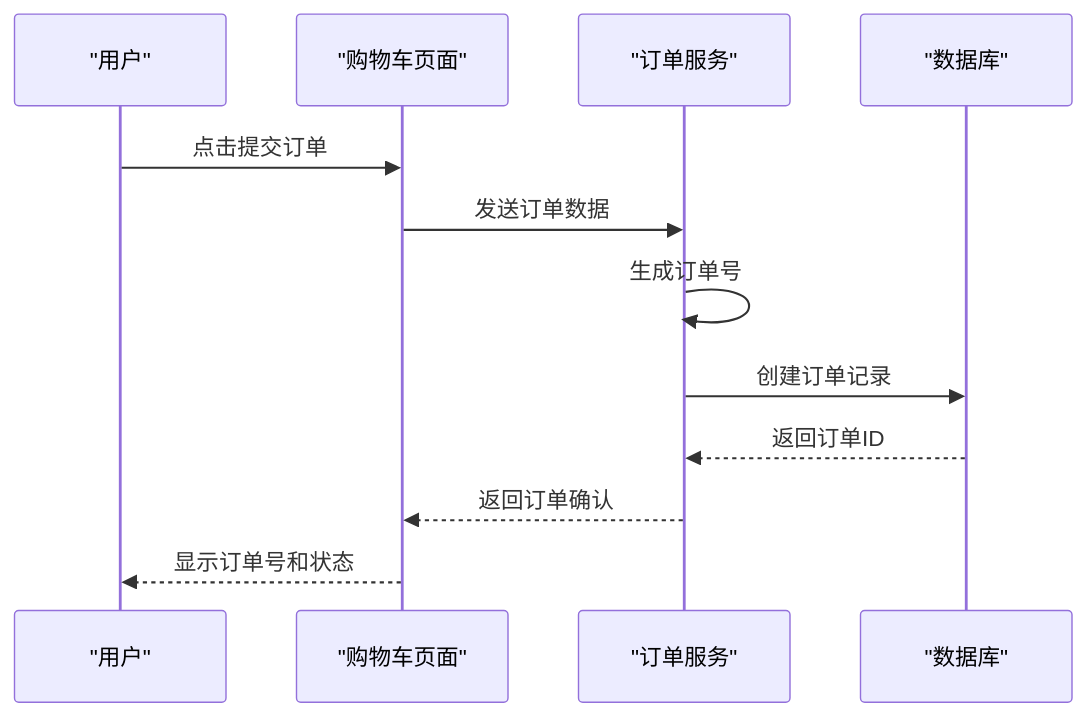
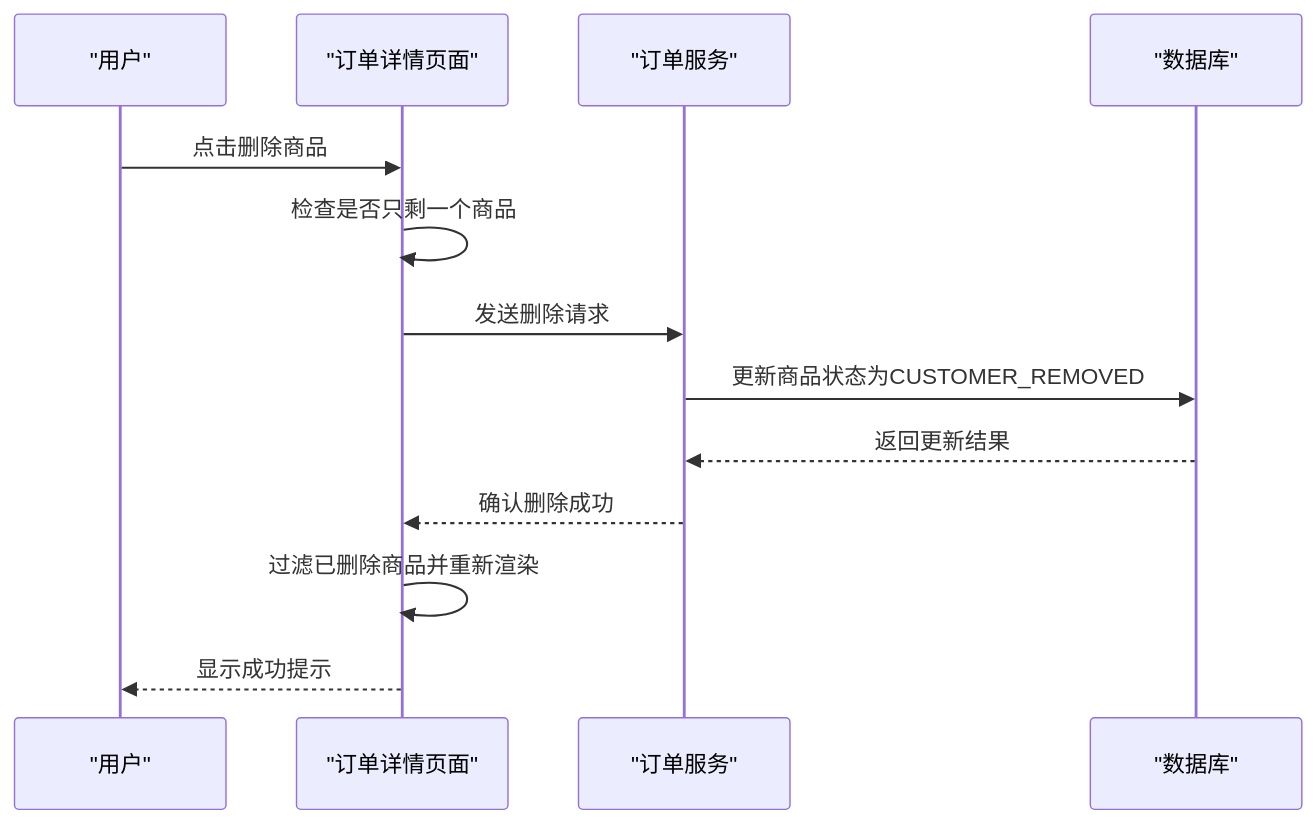
One commit to three3638-arch/celestia_2b changed the eighth of 11 diagrams in .qoder/repowiki/zh/content/前台商店系统/前台商店系统.md. Above: the diagram before and after it, drawn with Mermaid. The commit also changed other lines of this file and 5 other files, not shown here.

````diff
--- a/.qoder/repowiki/zh/content/前台商店系统/前台商店系统.md
+++ b/.qoder/repowiki/zh/content/前台商店系统/前台商店系统.md
@@ -443,14 +462,15 @@
 ```mermaid
 sequenceDiagram
 participant User as "用户"
-participant Cart as "购物车页面"
+participant OrderDetail as "订单详情页面"
 participant OrderService as "订单服务"
 participant Database as "数据库"
-User->>Cart : 点击提交订单
-Cart->>OrderService : 发送订单数据
-OrderService->>OrderService : 生成订单号
-OrderService->>Database : 创建订单记录
-Database-->>OrderService : 返回订单ID
-OrderService-->>Cart : 返回订单确认
-Cart-->>User : 显示订单号和状态
+User->>OrderDetail : 点击删除商品
+OrderDetail->>OrderDetail : 检查是否只剩一个商品
+OrderDetail->>OrderService : 发送删除请求
+OrderService->>Database : 更新商品状态为CUSTOMER_REMOVED
+Database-->>OrderService : 返回更新结果
+OrderService-->>OrderDetail : 确认删除成功
+OrderDetail->>OrderDetail : 过滤已删除商品并重新渲染
+OrderDetail-->>User : 显示成功提示
 ```
````
